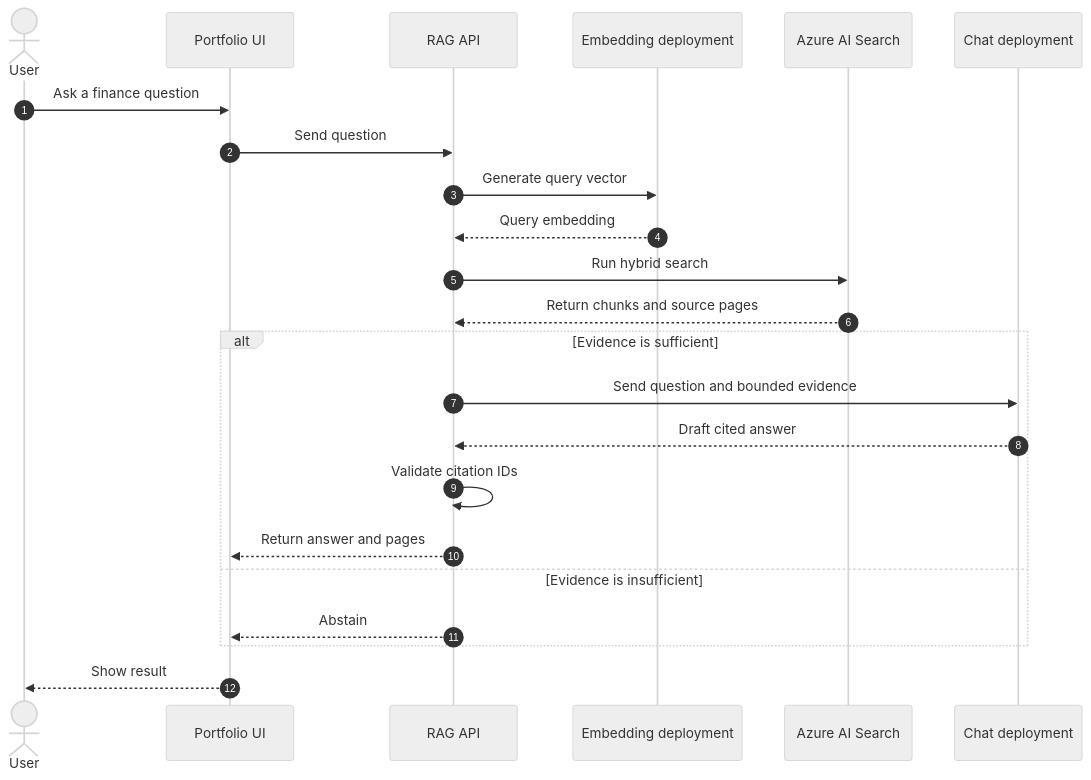
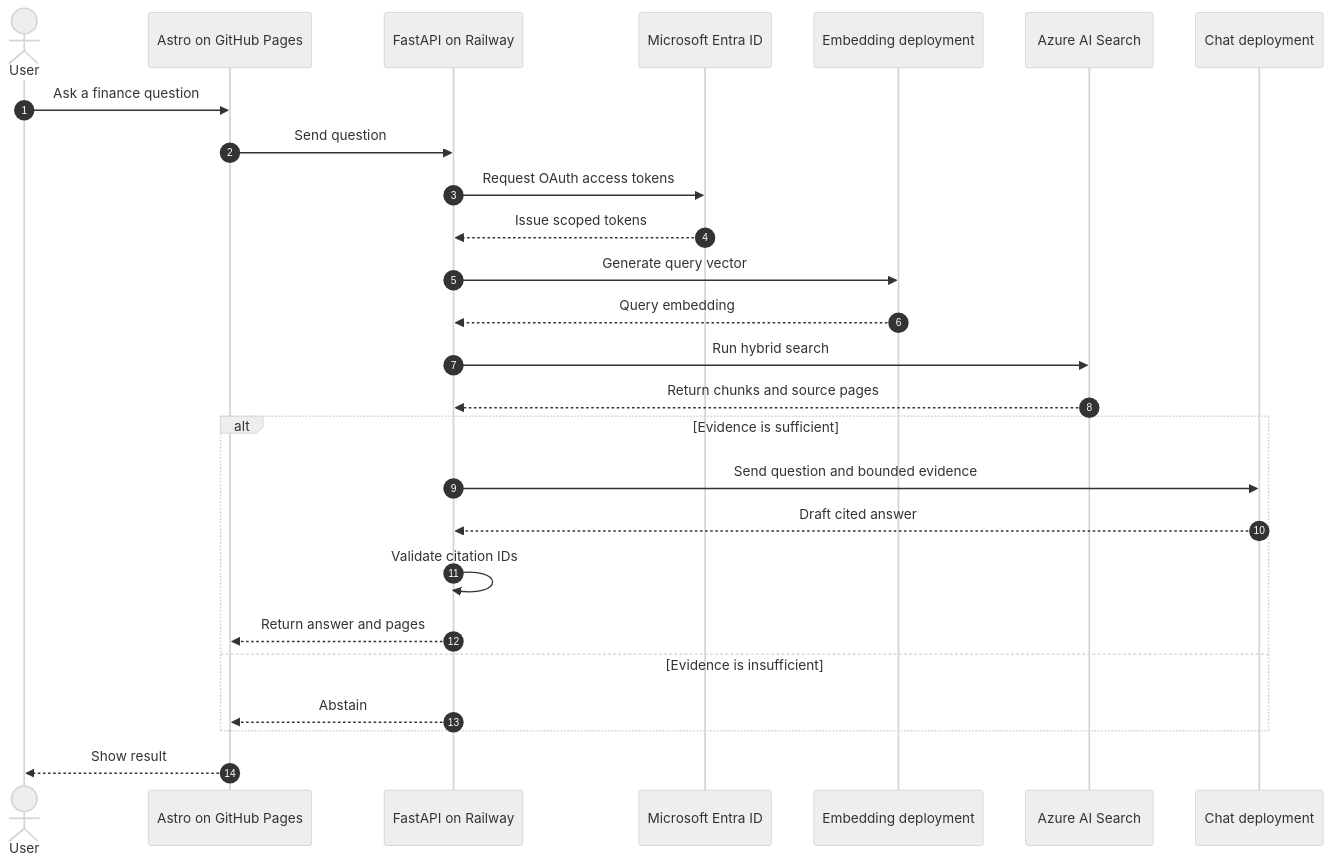
One commit to kenjihilasak/uol-finance-ai-assistant changed the third of 3 diagrams in docs/overview/project-architecture.md. Above: the diagram before and after it, drawn with Mermaid (neutral theme). The commit also changed other lines of this file and 16 other files, not shown here.

Commit message:
Add Railway serving API and document citations

````diff
--- a/docs/overview/project-architecture.md
+++ b/docs/overview/project-architecture.md
@@ -108,28 +109,31 @@
 ```mermaid
 sequenceDiagram
     autonumber
     actor User
-    participant UI as Portfolio UI
-    participant API as RAG API
+    participant UI as Astro on GitHub Pages
+    participant API as FastAPI on Railway
+    participant ID as Microsoft Entra ID
     participant EMB as Embedding deployment
     participant SEARCH as Azure AI Search
     participant LLM as Chat deployment
 
     User->>UI: Ask a finance question
     UI->>API: Send question
+    API->>ID: Request OAuth access tokens
+    ID-->>API: Issue scoped tokens
     API->>EMB: Generate query vector
     EMB-->>API: Query embedding
     API->>SEARCH: Run hybrid search
     SEARCH-->>API: Return chunks and source pages
 
     alt Evidence is sufficient
         API->>LLM: Send question and bounded evidence
         LLM-->>API: Draft cited answer
         API->>API: Validate citation IDs
         API-->>UI: Return answer and pages
     else Evidence is insufficient
         API-->>UI: Abstain
     end
 
     UI-->>User: Show result
 ```
````
